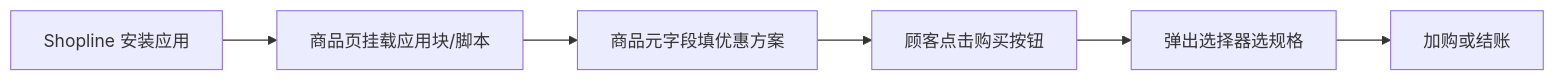
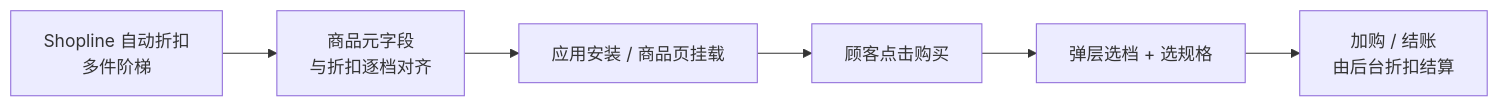
Before and after one commit to 775325124/theme-component-docs: the diagram in apps/product-variant-picker2.md, drawn with Mermaid. The commit also changed other lines of this file and 11 other files, not shown here.

````diff
--- a/apps/product-variant-picker2.md
+++ b/apps/product-variant-picker2.md
@@ -15,8 +29,8 @@
 ```mermaid
 flowchart LR
-  A[Shopline 安装应用] --> B[商品页挂载应用块/脚本]
-  B --> C[商品元字段填优惠方案]
-  C --> D[顾客点击购买按钮]
-  D --> E[弹出选择器选规格]
-  E --> F[加购或结账]
+  A[Shopline 自动折扣<br/>多件阶梯] --> B[商品元字段<br/>与折扣逐档对齐]
+  B --> C[应用安装 / 商品页挂载]
+  C --> D[顾客点击购买]
+  D --> E[弹层选档 + 选规格]
+  E --> F[加购 / 结账<br/>由后台折扣结算]
 ```
````
